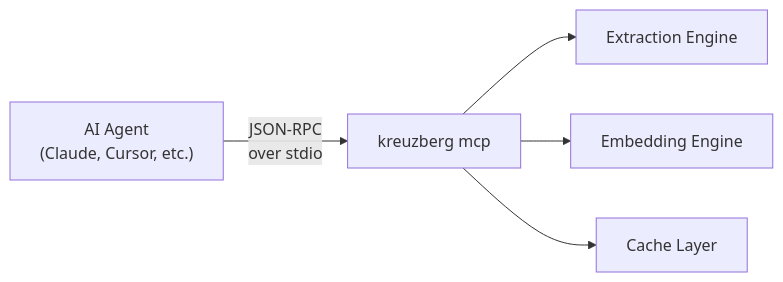
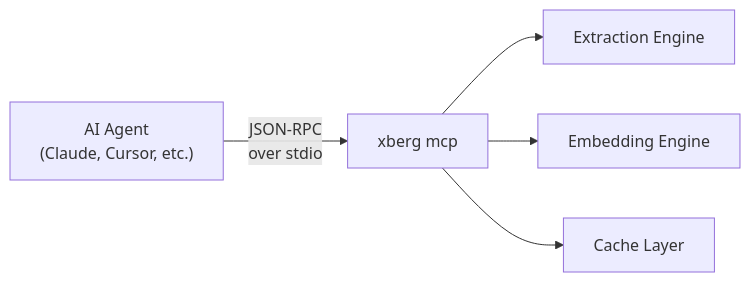
Before and after one commit to xberg-io/kreuzberg: the diagram in docs/guides/mcp-integration.md, drawn with Mermaid. The commit also changed other lines of this file and 7568 other files, not shown here.

````diff
--- a/docs/guides/mcp-integration.md
+++ b/docs/guides/mcp-integration.md
@@ -26,7 +26,7 @@
 ```mermaid
 flowchart LR
-    A["AI Agent\n(Claude, Cursor, etc.)"] -->|"JSON-RPC\nover stdio"| B["kreuzberg mcp"]
+    A["AI Agent\n(Claude, Cursor, etc.)"] -->|"JSON-RPC\nover stdio"| B["xberg mcp"]
     B --> C["Extraction Engine"]
     B --> D["Embedding Engine"]
     B --> E["Cache Layer"]
 ```
````
